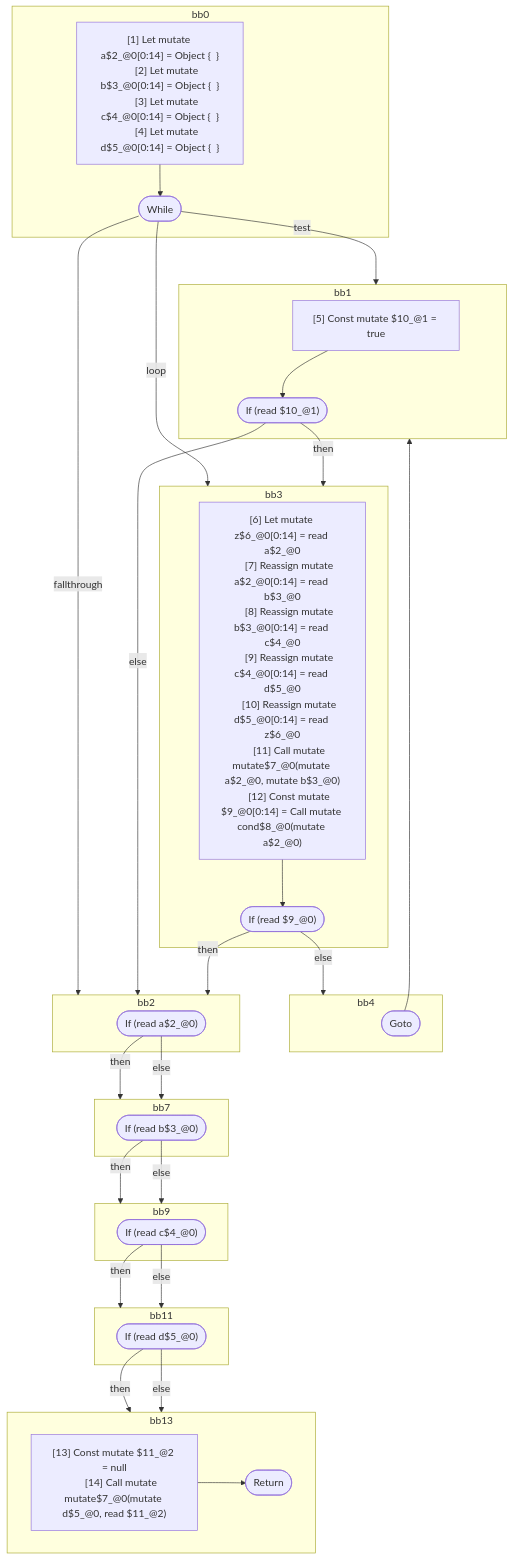
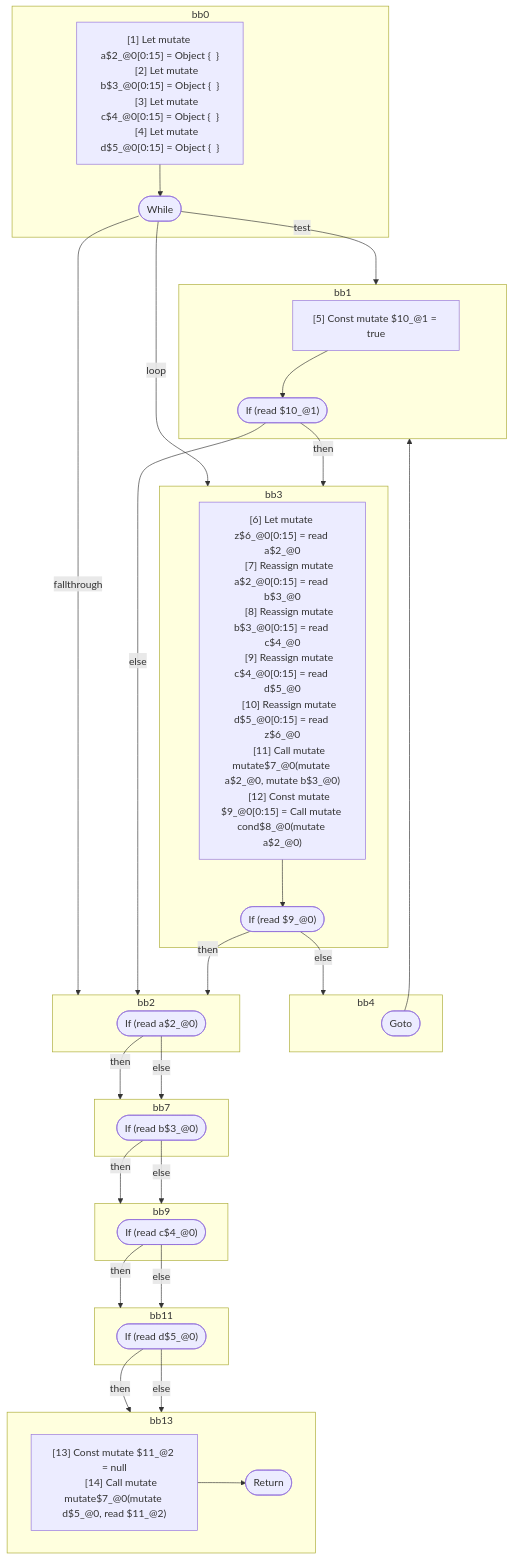
One commit to wutsmog/private changed the third of 3 diagrams in compiler/forget/src/__tests__/fixtures/hir/mutable-lifetime-loops.expect.md. Above: the diagram before and after it, drawn with Mermaid. The commit also changed other lines of this file and 45 other files, not shown here.

````diff
--- a/compiler/forget/src/__tests__/fixtures/hir/mutable-lifetime-loops.expect.md
+++ b/compiler/forget/src/__tests__/fixtures/hir/mutable-lifetime-loops.expect.md
@@ -145,72 +145,72 @@
 ```mermaid
 flowchart TB
   %% Basic Blocks
   subgraph bb0
     bb0_instrs["
-      [1] Let mutate a$2_@0[0:14] = Object {  }
-      [2] Let mutate b$3_@0[0:14] = Object {  }
-      [3] Let mutate c$4_@0[0:14] = Object {  }
-      [4] Let mutate d$5_@0[0:14] = Object {  }
+      [1] Let mutate a$2_@0[0:15] = Object {  }
+      [2] Let mutate b$3_@0[0:15] = Object {  }
+      [3] Let mutate c$4_@0[0:15] = Object {  }
+      [4] Let mutate d$5_@0[0:15] = Object {  }
     "]
     bb0_instrs --> bb0_terminal(["While"])
   end
   subgraph bb1
     bb1_instrs["
       [5] Const mutate $10_@1 = true
     "]
     bb1_instrs --> bb1_terminal(["If (read $10_@1)"])
   end
   subgraph bb3
     bb3_instrs["
-      [6] Let mutate z$6_@0[0:14] = read a$2_@0
-      [7] Reassign mutate a$2_@0[0:14] = read b$3_@0
-      [8] Reassign mutate b$3_@0[0:14] = read c$4_@0
-      [9] Reassign mutate c$4_@0[0:14] = read d$5_@0
-      [10] Reassign mutate d$5_@0[0:14] = read z$6_@0
+      [6] Let mutate z$6_@0[0:15] = read a$2_@0
+      [7] Reassign mutate a$2_@0[0:15] = read b$3_@0
+      [8] Reassign mutate b$3_@0[0:15] = read c$4_@0
+      [9] Reassign mutate c$4_@0[0:15] = read d$5_@0
+      [10] Reassign mutate d$5_@0[0:15] = read z$6_@0
       [11] Call mutate mutate$7_@0(mutate a$2_@0, mutate b$3_@0)
-      [12] Const mutate $9_@0[0:14] = Call mutate cond$8_@0(mutate a$2_@0)
+      [12] Const mutate $9_@0[0:15] = Call mutate cond$8_@0(mutate a$2_@0)
     "]
     bb3_instrs --> bb3_terminal(["If (read $9_@0)"])
   end
   subgraph bb4
     bb4_terminal(["Goto"])
   end
   subgraph bb2
     bb2_terminal(["If (read a$2_@0)"])
   end
   subgraph bb7
     bb7_terminal(["If (read b$3_@0)"])
   end
   subgraph bb9
     bb9_terminal(["If (read c$4_@0)"])
   end
   subgraph bb11
     bb11_terminal(["If (read d$5_@0)"])
   end
   subgraph bb13
     bb13_instrs["
       [13] Const mutate $11_@2 = null
       [14] Call mutate mutate$7_@0(mutate d$5_@0, read $11_@2)
     "]
     bb13_instrs --> bb13_terminal(["Return"])
   end
 
   %% Jumps
   bb0_terminal -- "test" --> bb1
   bb0_terminal -- "loop" --> bb3
   bb0_terminal -- "fallthrough" --> bb2
   bb1_terminal -- "then" --> bb3
   bb1_terminal -- "else" --> bb2
   bb3_terminal -- "then" --> bb2
   bb3_terminal -- "else" --> bb4
   bb4_terminal --> bb1
   bb2_terminal -- "then" --> bb7
   bb2_terminal -- "else" --> bb7
   bb7_terminal -- "then" --> bb9
   bb7_terminal -- "else" --> bb9
   bb9_terminal -- "then" --> bb11
   bb9_terminal -- "else" --> bb11
   bb11_terminal -- "then" --> bb13
   bb11_terminal -- "else" --> bb13
 
 ```
````
